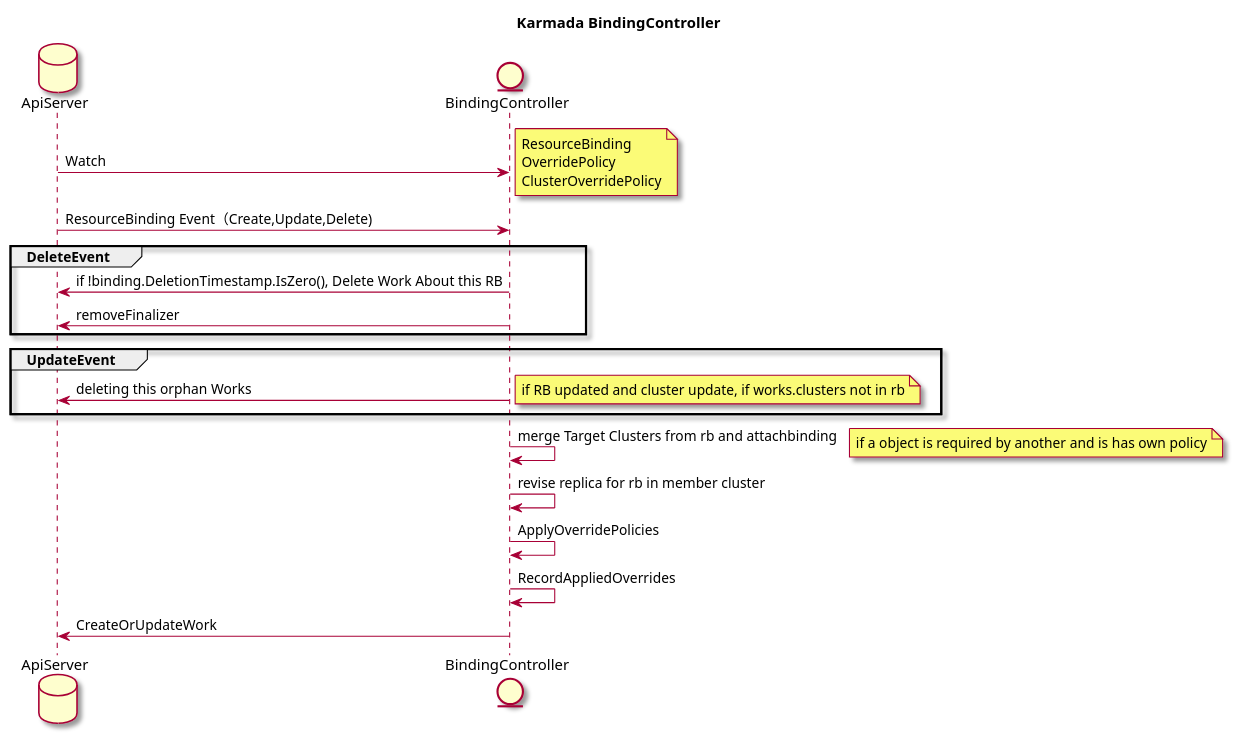
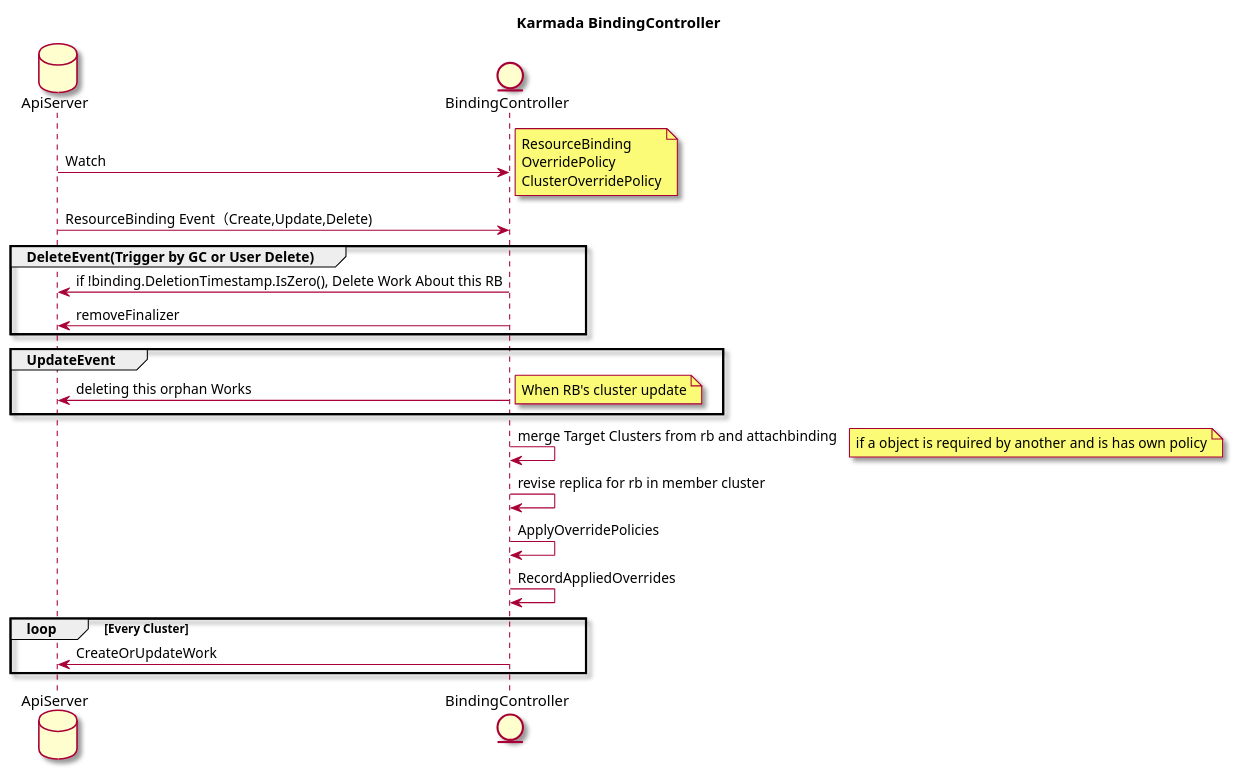
The diagram in plantuml/karmada-bindingController.plantuml (neteric/karmada), drawn with PlantUML before and after one commit. The commit also changed 5 other files, not shown here.

Commit message:
add clsuter controller plantuml

```diff
--- a/plantuml/karmada-bindingController.plantuml
+++ b/plantuml/karmada-bindingController.plantuml
@@ -1,45 +1,45 @@
 @startuml
 
 skin rose
 
 title "Karmada BindingController"
 
 
 database "ApiServer" as ApiServer
 entity "BindingController" as binding
 
 
 ApiServer -> binding : Watch
 
 note right
 ResourceBinding
 OverridePolicy
 ClusterOverridePolicy
 end note
 
-ApiServer -> binding: ResourceBinding Event（Create,Update,Delete)
-group DeleteEvent
+ApiServer -> binding: ResourceBinding Event（Create,Update,Delete) 
+group DeleteEvent(Trigger by GC or User Delete)
     binding -> ApiServer: if !binding.DeletionTimestamp.IsZero(), Delete Work About this RB
     binding -> ApiServer: removeFinalizer
 end
 
 group UpdateEvent
     binding -> ApiServer: deleting this orphan Works
     note right
-        if RB updated and cluster update, if works.clusters not in rb
+        When RB's cluster update
     end note
 end
 
 binding -> binding: merge Target Clusters from rb and attachbinding
 
 note right
     if a object is required by another and is has own policy
 end note
 
 binding -> binding: revise replica for rb in member cluster
 binding -> binding: ApplyOverridePolicies
 binding -> binding: RecordAppliedOverrides
-
-binding -> ApiServer: CreateOrUpdateWork 
-
+loop Every Cluster
+    binding -> ApiServer: CreateOrUpdateWork 
+end 
 @enduml
```
